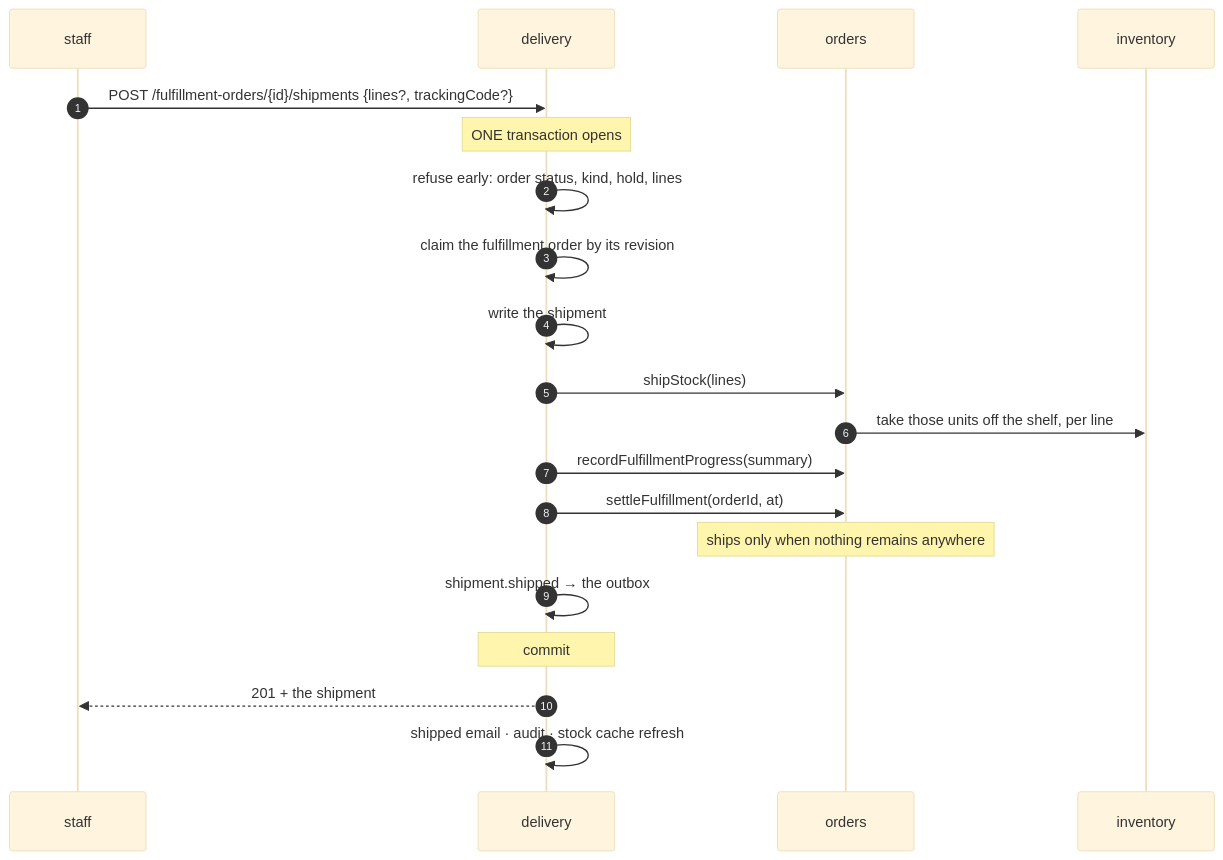
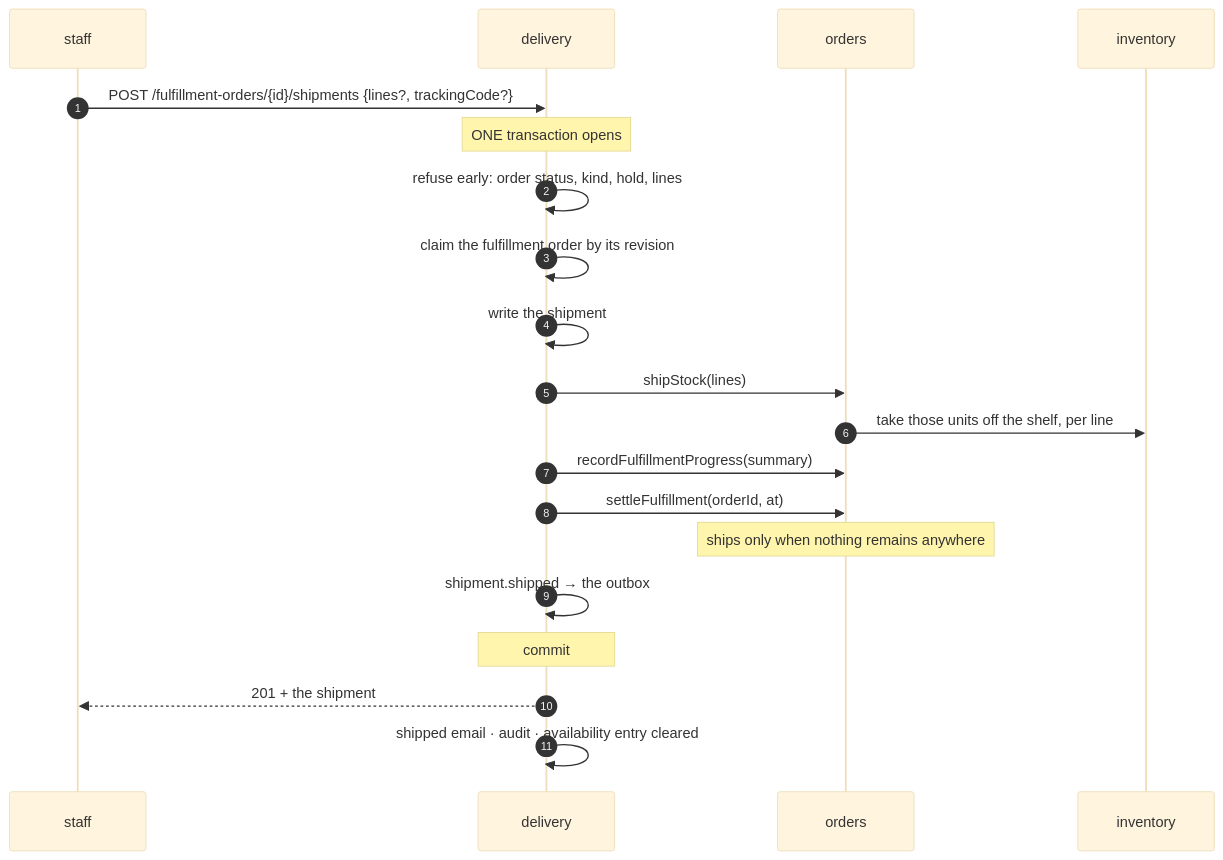
Before and after one commit to Guebbit/boilerplate-node-backend: the diagram in docs/modules/delivery-acts.md, drawn with Mermaid (base theme). The commit also changed 97 other files, not shown here.

````diff
--- a/docs/modules/delivery-acts.md
+++ b/docs/modules/delivery-acts.md
@@ -17,22 +17,22 @@
 ```mermaid
 sequenceDiagram
     autonumber
     participant S as staff
     participant D as delivery
     participant O as orders
     participant I as inventory
     S->>D: POST /fulfillment-orders/{id}/shipments {lines?, trackingCode?}
     Note over D: ONE transaction opens
     D->>D: refuse early: order status, kind, hold, lines
     D->>D: claim the fulfillment order by its revision
     D->>D: write the shipment
     D->>O: shipStock(lines)
     O->>I: take those units off the shelf, per line
     D->>O: recordFulfillmentProgress(summary)
     D->>O: settleFulfillment(orderId, at)
     Note over O: ships only when nothing remains anywhere
     D->>D: shipment.shipped → the outbox
     Note over D: commit
     D-->>S: 201 + the shipment
-    D->>D: shipped email · audit · stock cache refresh
+    D->>D: shipped email · audit · availability entry cleared
 ```
````
